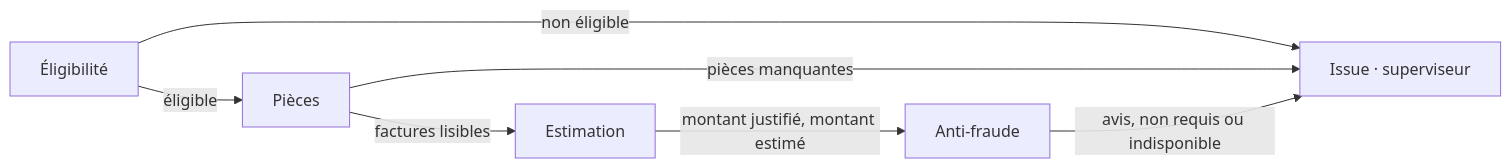
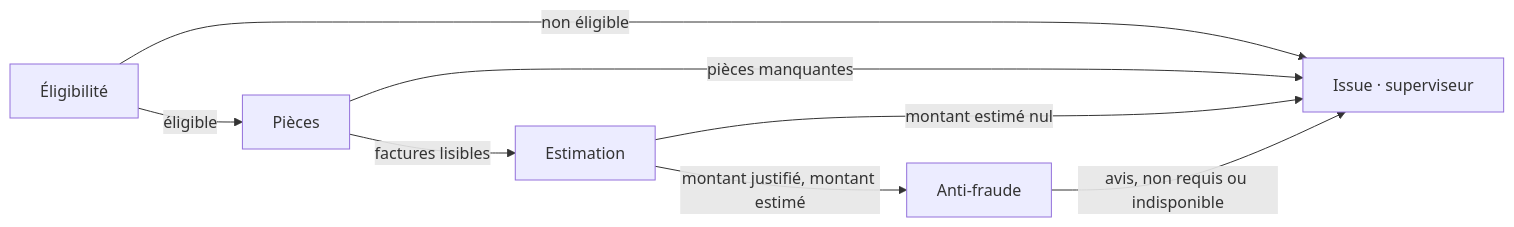
Before and after one commit to M-CHADLI/Kaldera-V2: the diagram in docs/conception/1-carte-des-agents.md, drawn with Mermaid. The commit also changed other lines of this file and 33 other files, not shown here.

````diff
--- a/docs/conception/1-carte-des-agents.md
+++ b/docs/conception/1-carte-des-agents.md
@@ -30,9 +32,10 @@
 ```mermaid
 flowchart LR
   E[Éligibilité] -->|éligible| P[Pièces]
   E -->|non éligible| I[Issue · superviseur]
   P -->|factures lisibles| M[Estimation]
   P -->|pièces manquantes| I
   M -->|montant justifié, montant estimé| F[Anti-fraude]
+  M -->|montant estimé nul| I
   F -->|avis, non requis ou indisponible| I
 ```
````
